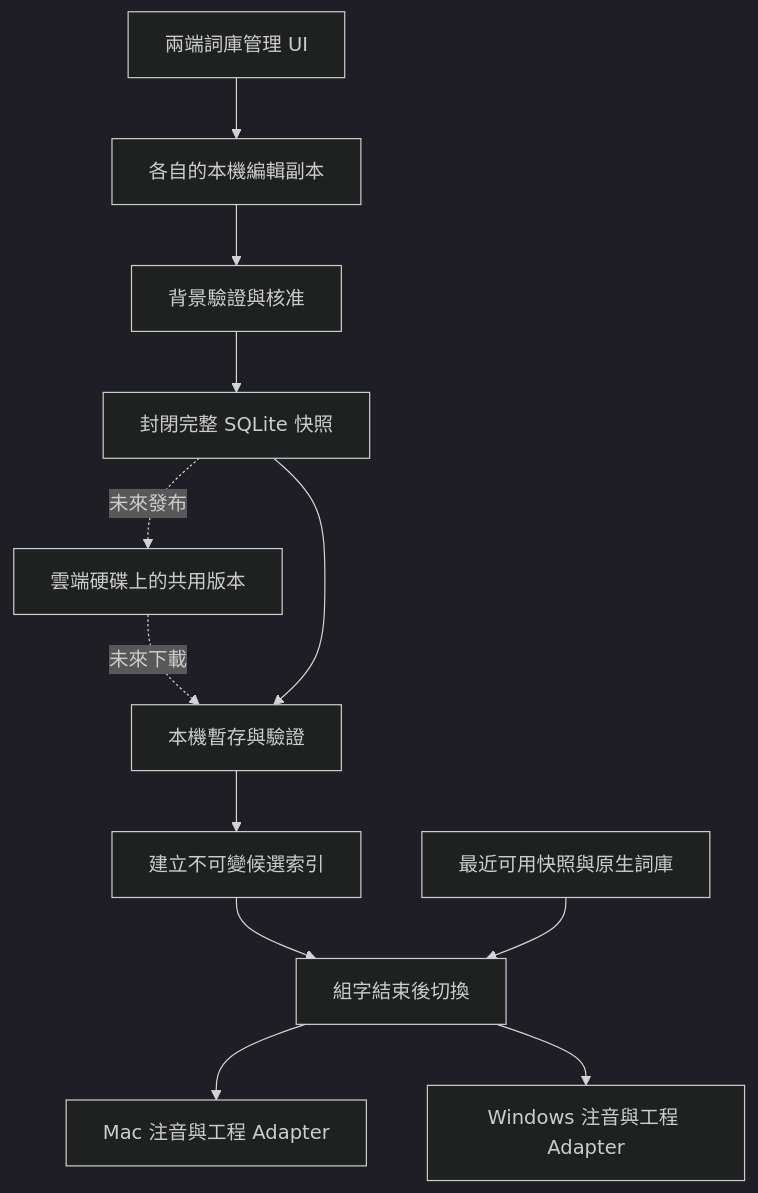
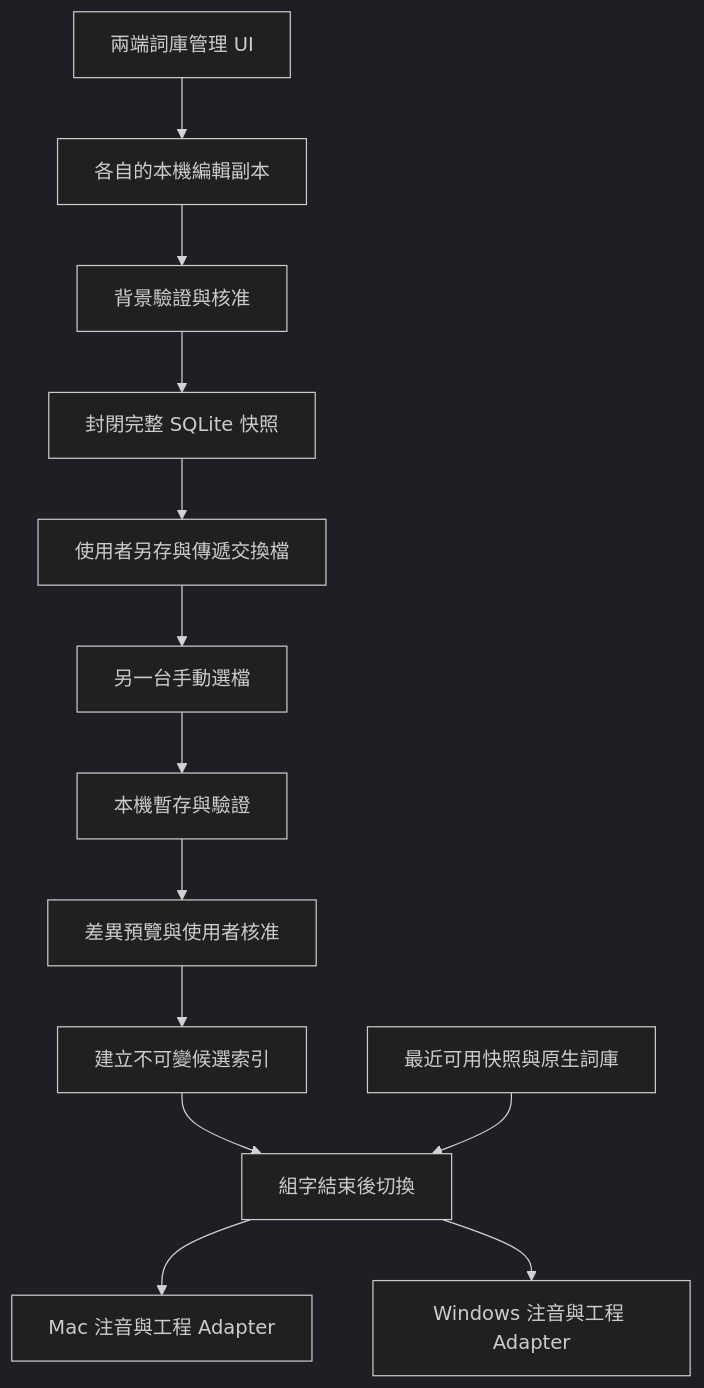
The diagram in docs/lexicon-learning/unified-sqlite-plan.md (edwardhome/AI-Bopomofo), drawn with Mermaid (dark theme) before and after one commit. The commit also changed other lines of this file and 3 other files, not shown here.

````diff
--- a/docs/lexicon-learning/unified-sqlite-plan.md
+++ b/docs/lexicon-learning/unified-sqlite-plan.md
@@ -60,14 +58,15 @@
 ```mermaid
 flowchart TD
     UI[兩端詞庫管理 UI] --> EDIT[各自的本機編輯副本]
     EDIT --> CHECK[背景驗證與核准]
     CHECK --> SNAP[封閉完整 SQLite 快照]
-    SNAP -.未來發布.-> CLOUD[雲端硬碟上的共用版本]
-    CLOUD -.未來下載.-> STAGE[本機暫存與驗證]
-    SNAP --> STAGE
-    STAGE --> INDEX[建立不可變候選索引]
+    SNAP --> FILE[使用者另存與傳遞交換檔]
+    FILE --> PICK[另一台手動選檔]
+    PICK --> STAGE[本機暫存與驗證]
+    STAGE --> REVIEW[差異預覽與使用者核准]
+    REVIEW --> INDEX[建立不可變候選索引]
     INDEX --> SAFE[組字結束後切換]
     SAFE --> MAC[Mac 注音與工程 Adapter]
     SAFE --> WIN[Windows 注音與工程 Adapter]
     FALLBACK[最近可用快照與原生詞庫] --> SAFE
 ```
````
